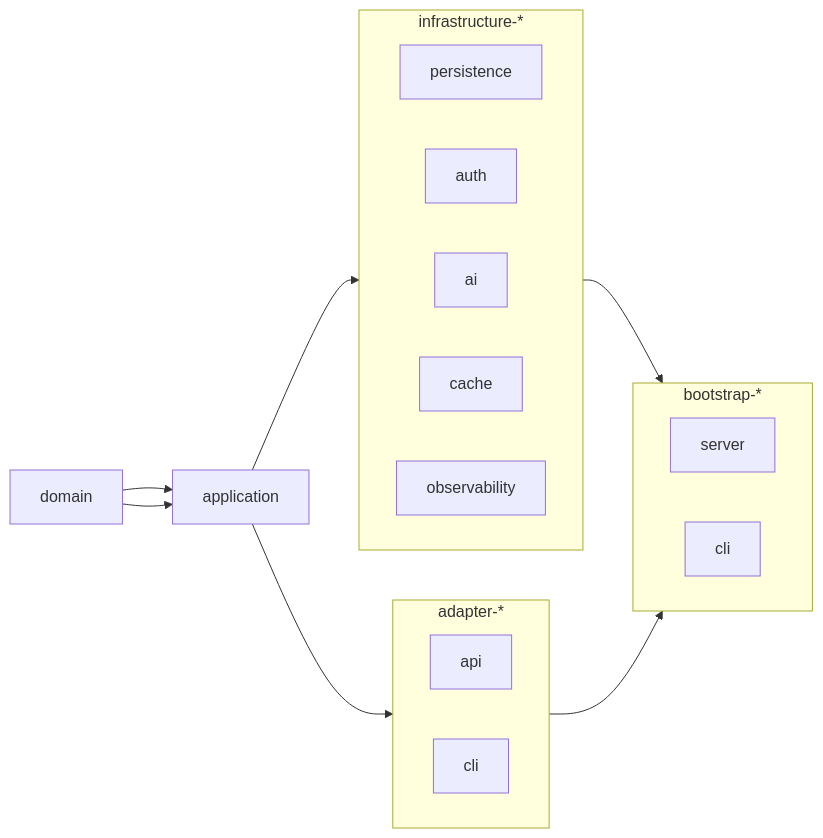
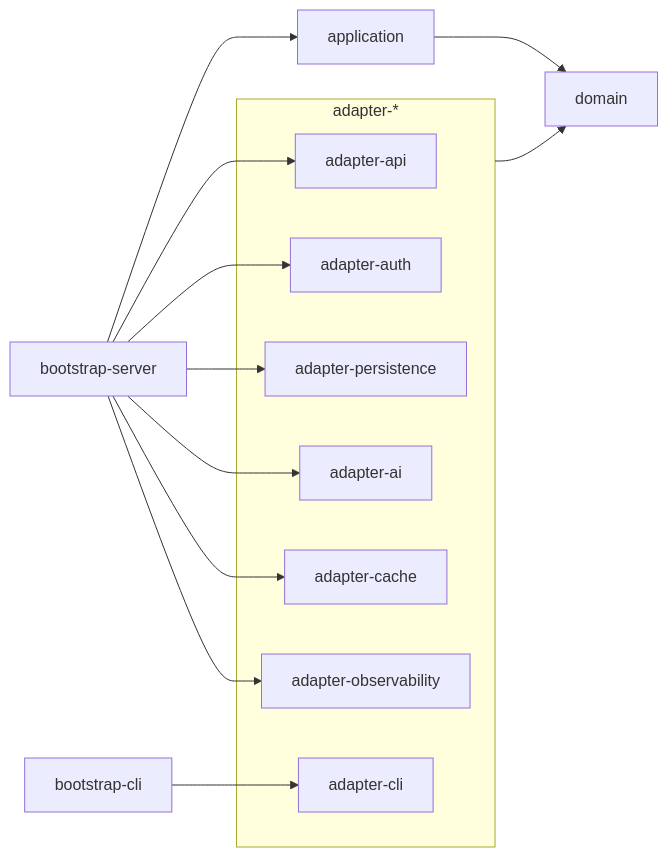
The first of 3 diagrams in README.md (JuanPabloJimenezEsclusa/alexandra-job-tracker), drawn with Mermaid before and after one commit. The commit also changed other lines of this file and 347 other files, not shown here.

Commit message:
refactor(architecture): apply port- adapter name convention to hexagonal

````diff
--- a/README.md
+++ b/README.md
@@ -62,24 +62,16 @@
 ```mermaid
 flowchart LR
-    domain --> application --> infrastructure
-    domain --> application --> adapter
-    infrastructure & adapter --> bootstrap
-    subgraph infrastructure [infrastructure-*]
-        direction LR
-        I1[persistence]
-        I2[auth]
-        I3[ai]
-        I4[cache]
-        I5[observability]
+    subgraph adapters [adapter-*]
+      adapter-api
+      adapter-auth
+      adapter-persistence
+      adapter-ai
+      adapter-cache
+      adapter-observability
+      adapter-cli
     end
-    subgraph adapter [adapter-*]
-        direction LR
-        A1[api]
-        A2[cli]
-    end
-    subgraph bootstrap [bootstrap-*]
-        direction LR
-        B1[server]
-        B2[cli]
-    end
+    application --> domain
+    adapters --> domain
+    bootstrap-server --> adapter-api & application & adapter-persistence & adapter-ai & adapter-cache & adapter-auth & adapter-observability
+    bootstrap-cli --> adapter-cli
 ```
````
